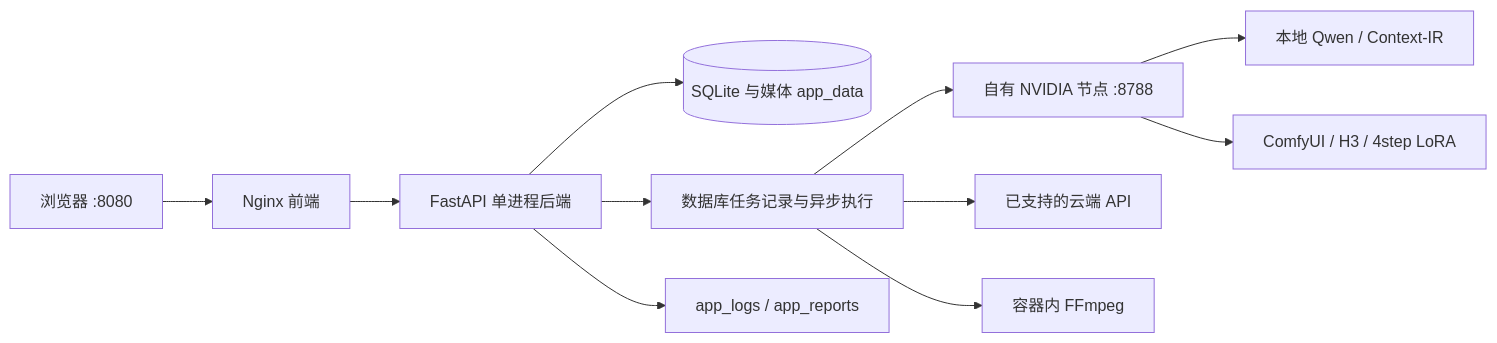
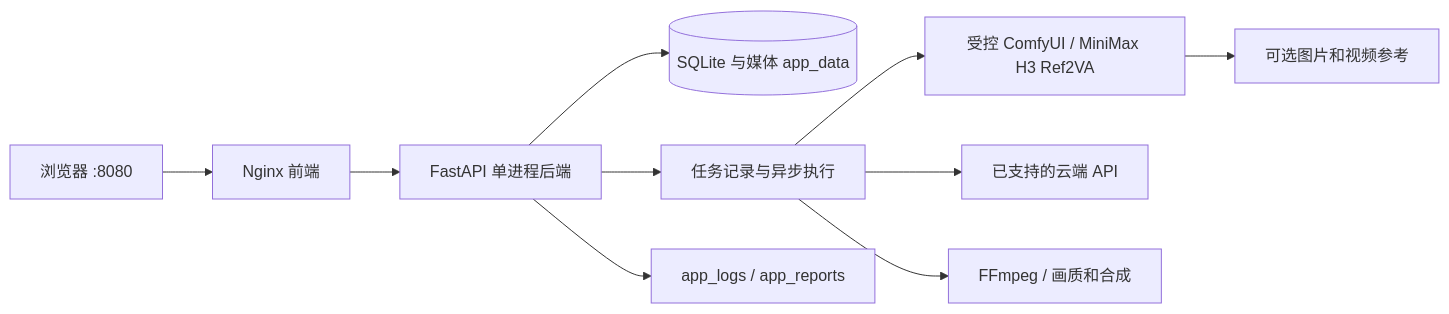
One commit to wAillZhAIng/video_2 changed the diagram in README.md. Above: the diagram before and after it, drawn with Mermaid. The commit also changed other lines of this file and 175 other files, not shown here.

````diff
--- a/README.md
+++ b/README.md
@@ -90,13 +58,12 @@
 ```mermaid
 flowchart LR
     B[浏览器 :8080] --> F[Nginx 前端]
     F --> A[FastAPI 单进程后端]
     A --> D[(SQLite 与媒体 app_data)]
-    A --> Q[数据库任务记录与异步执行]
-    Q --> N[自有 NVIDIA 节点 :8788]
-    N --> V[本地 Qwen / Context-IR]
-    N --> H[ComfyUI / H3 / 4step LoRA]
+    A --> Q[任务记录与异步执行]
+    Q --> H[受控 ComfyUI / MiniMax H3 Ref2VA]
+    H --> R[可选图片和视频参考]
     Q --> C[已支持的云端 API]
-    Q --> M[容器内 FFmpeg]
+    Q --> M[FFmpeg / 画质和合成]
     A --> L[app_logs / app_reports]
 ```
````
